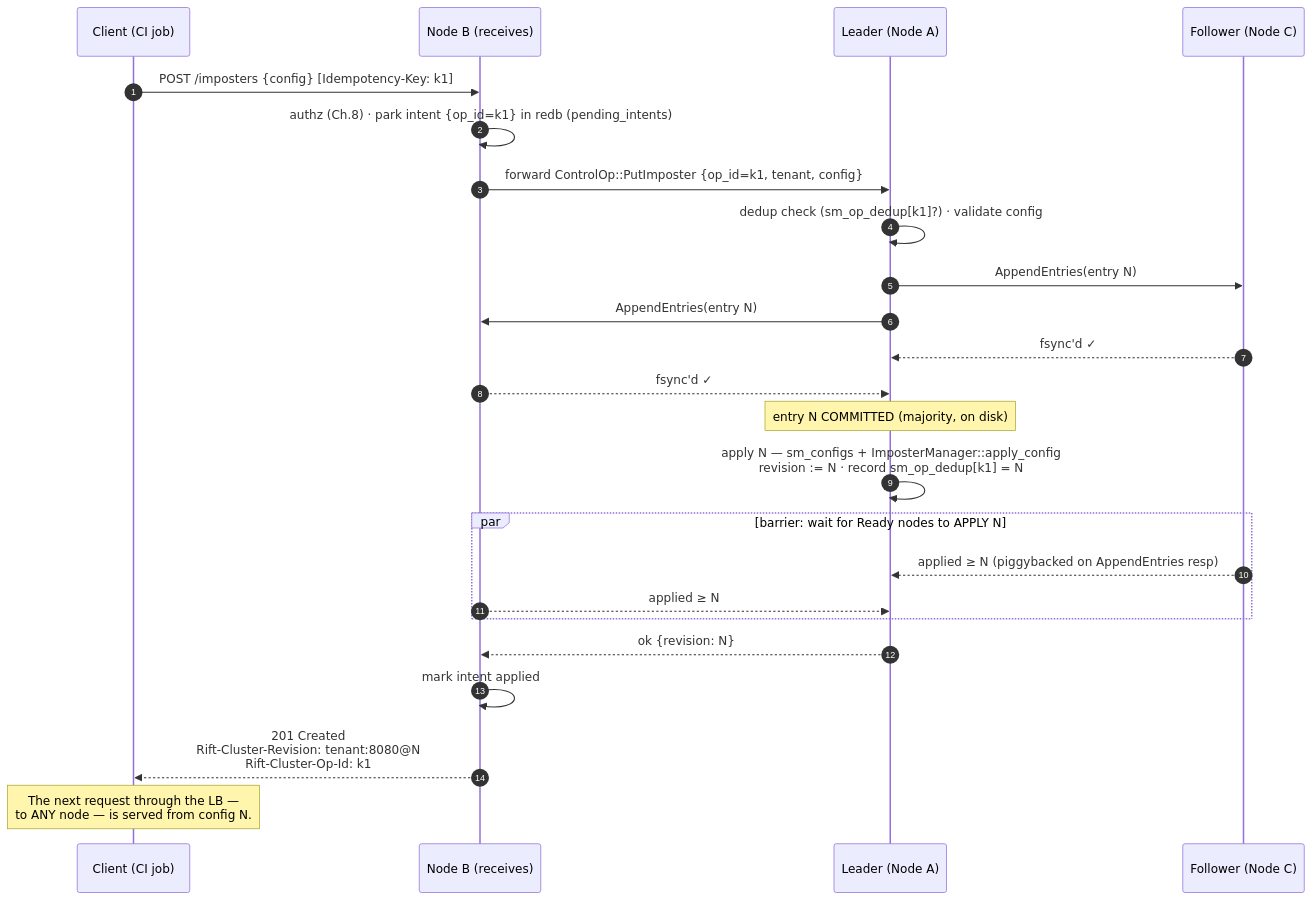
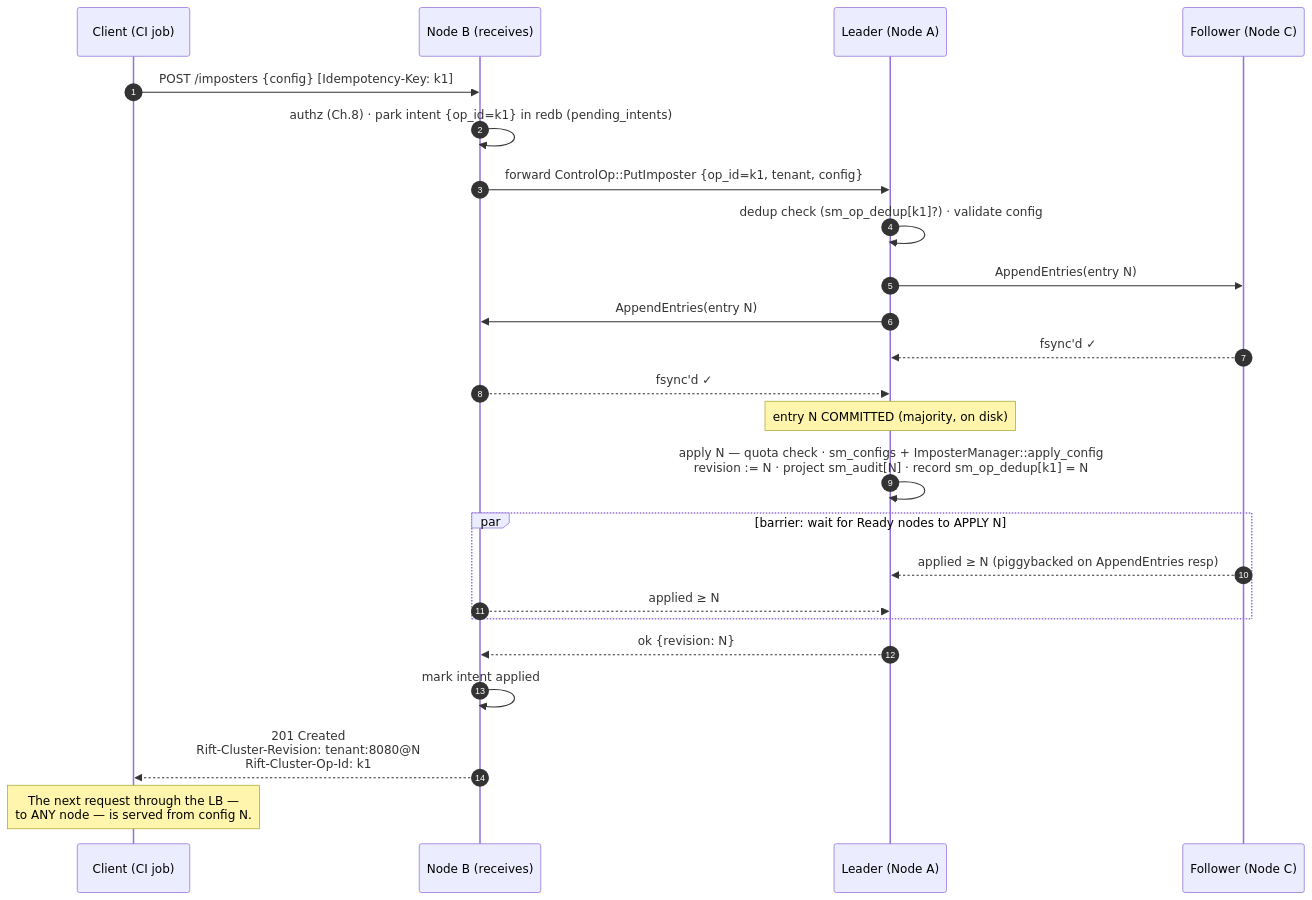
The diagram in docs/architecture/04-write-path.md (achird-labs/rift-cluster), drawn with Mermaid before and after one commit. The commit also changed other lines of this file and 8 other files, not shown here.

````diff
--- a/docs/architecture/04-write-path.md
+++ b/docs/architecture/04-write-path.md
@@ -11,27 +11,27 @@
 ```mermaid
 sequenceDiagram
     autonumber
     participant C as Client (CI job)
     participant B as Node B (receives)
     participant L as Leader (Node A)
     participant F as Follower (Node C)
 
     C->>B: POST /imposters {config}  [Idempotency-Key: k1]
     B->>B: authz (Ch.8) · park intent {op_id=k1} in redb (pending_intents)
     B->>L: forward ControlOp::PutImposter {op_id=k1, tenant, config}
     L->>L: dedup check (sm_op_dedup[k1]?) · validate config
     L->>F: AppendEntries(entry N)
     L->>B: AppendEntries(entry N)
     F-->>L: fsync'd ✓
     B-->>L: fsync'd ✓
     Note over L: entry N COMMITTED (majority, on disk)
-    L->>L: apply N — sm_configs + ImposterManager::apply_config<br/>revision := N · record sm_op_dedup[k1] = N
+    L->>L: apply N — quota check · sm_configs + ImposterManager::apply_config<br/>revision := N · project sm_audit[N] · record sm_op_dedup[k1] = N
     par barrier: wait for Ready nodes to APPLY N
         F-->>L: applied ≥ N (piggybacked on AppendEntries resp)
         B-->>L: applied ≥ N
     end
     L-->>B: ok {revision: N}
     B->>B: mark intent applied
     B-->>C: 201 Created<br/>Rift-Cluster-Revision: tenant:8080@N<br/>Rift-Cluster-Op-Id: k1
     Note over C: The next request through the LB —<br/>to ANY node — is served from config N.
 ```
````
